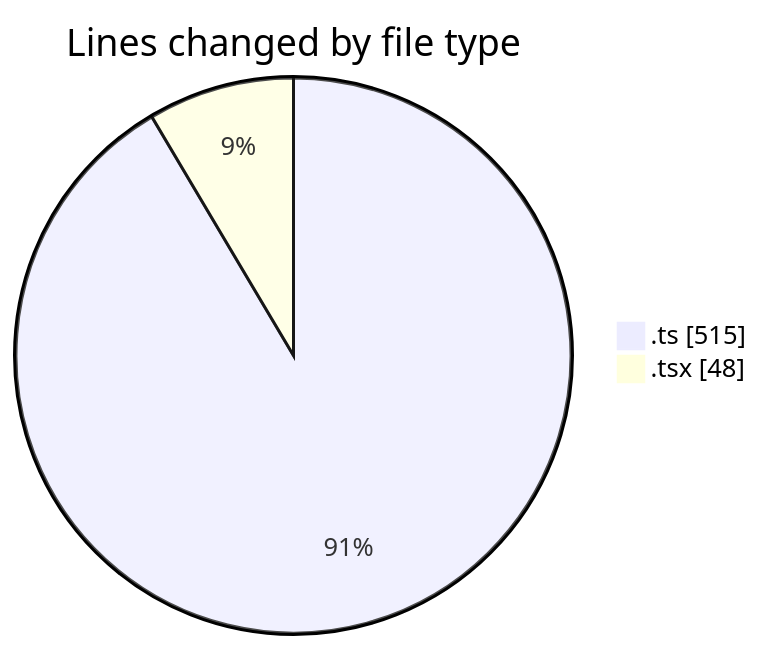
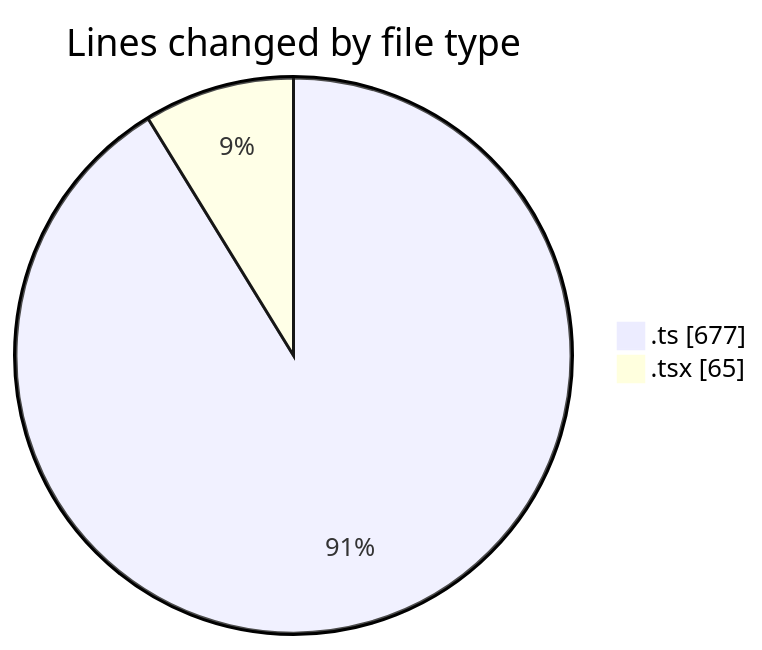
Before and after one commit to robertbonfada/code-tracking: the first of 2 diagrams in 2025-01-23/mbc-web/README.md, drawn with Mermaid. The commit also changed other lines of this file and 1 other file, not shown here.

````diff
--- a/2025-01-23/mbc-web/README.md
+++ b/2025-01-23/mbc-web/README.md
@@ -25,6 +25,6 @@
 ```mermaid
 pie showData
 title Lines changed by file type
-".ts" : 515
-".tsx" : 48
+".ts" : 677
+".tsx" : 65
 ```
````
